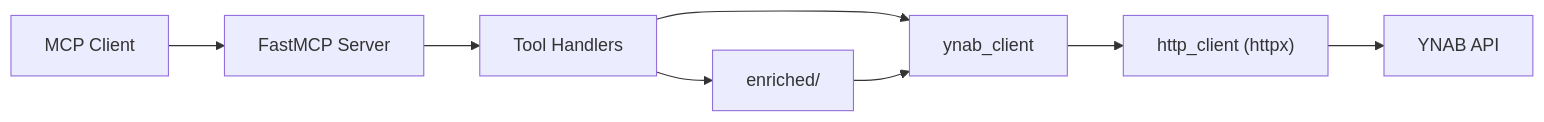
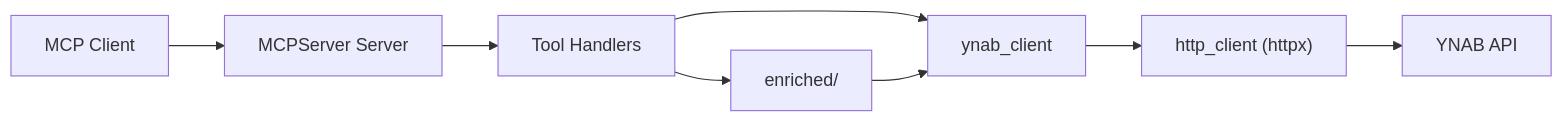
Before and after one commit to hs737/mcp-server-for-ynab: the diagram in README.md, drawn with Mermaid. The commit also changed other lines of this file and 36 other files, not shown here.

````diff
--- a/README.md
+++ b/README.md
@@ -344,10 +344,10 @@
 ```mermaid
 flowchart LR
-    A["MCP Client"] --> B["FastMCP Server"]
+    A["MCP Client"] --> B["MCPServer Server"]
     B --> C["Tool Handlers"]
     C --> D["ynab_client"]
     D --> E["http_client (httpx)"]
     E --> F["YNAB API"]
     C --> G["enriched/"]
     G --> D
 ```
````
